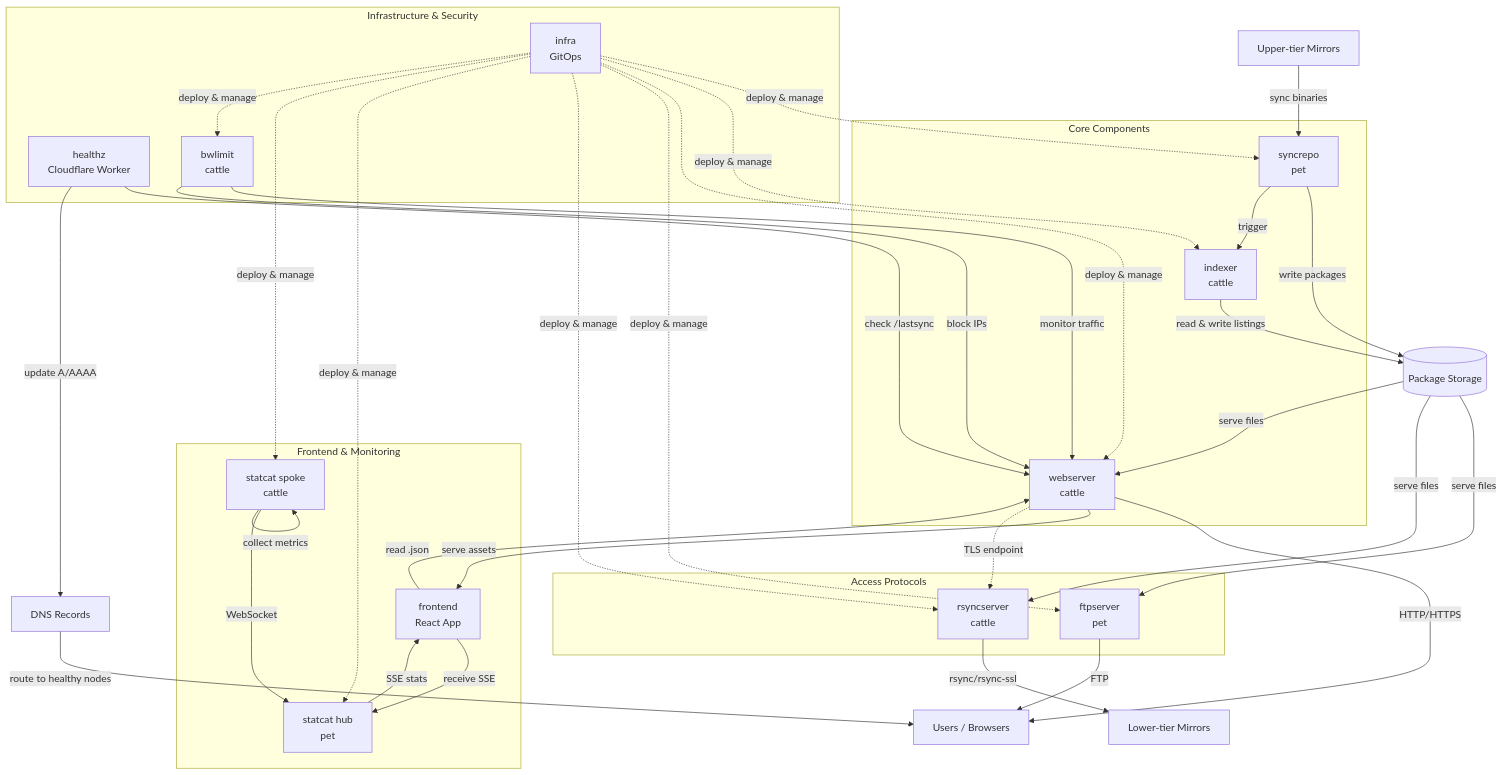
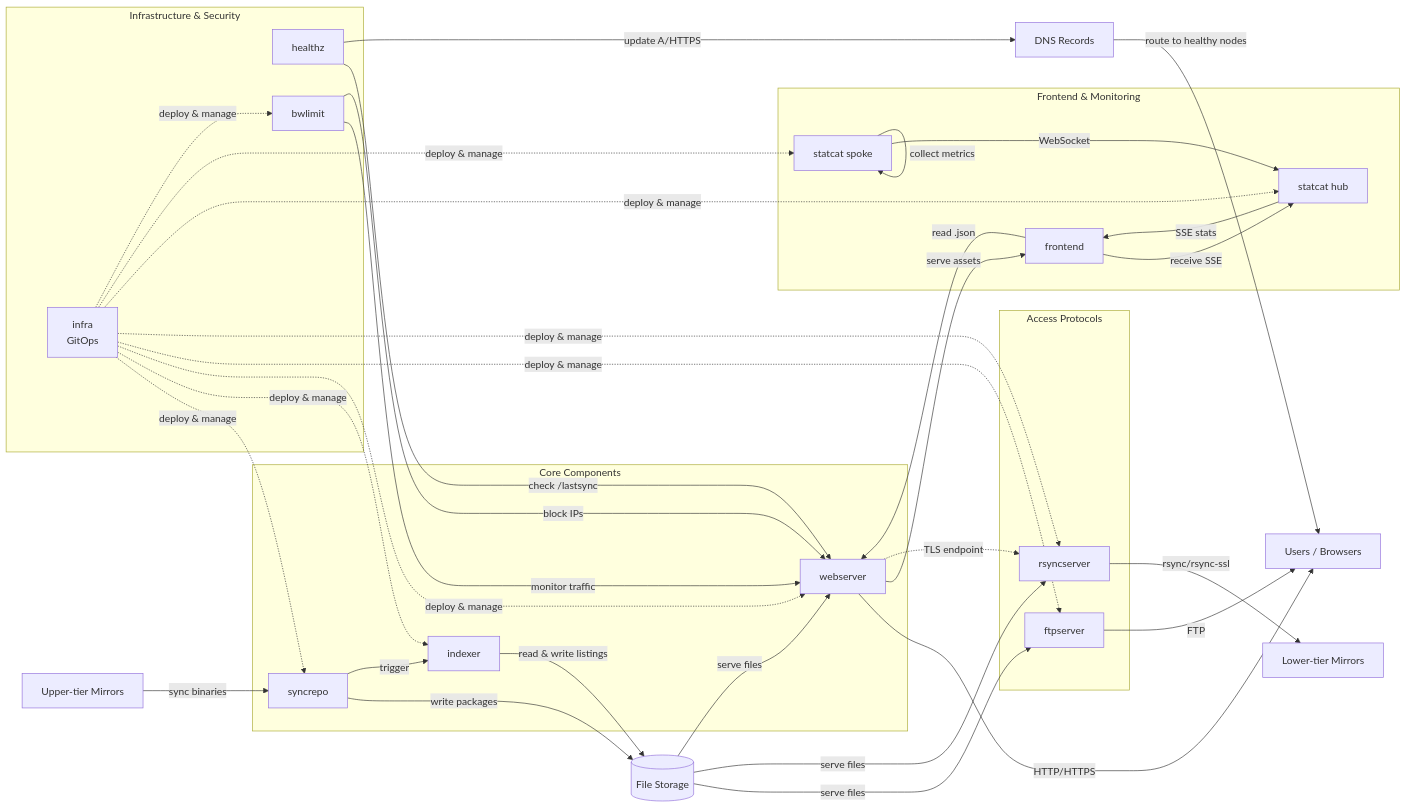
The diagram in README.md (pmh-only/ftp), drawn with Mermaid before and after one commit.

Commit message:
docs: change graph order

````diff
--- a/README.md
+++ b/README.md
@@ -37,71 +37,71 @@
 ```mermaid
-graph TB
+graph LR
     UpperTier[Upper-tier Mirrors]
     LowerTier[Lower-tier Mirrors]
     Users[Users / Browsers]
-    Storage[(Package Storage)]
+    Storage[(File Storage)]
     DNS[DNS Records]
 
     subgraph "Core Components"
-        syncrepo[syncrepo<br/>pet]
-        indexer[indexer<br/>cattle]
-        webserver[webserver<br/>cattle]
+        syncrepo[syncrepo]
+        indexer[indexer]
+        webserver[webserver]
     end
 
     subgraph "Access Protocols"
-        ftpserver[ftpserver<br/>pet]
-        rsyncserver[rsyncserver<br/>cattle]
+        ftpserver[ftpserver]
+        rsyncserver[rsyncserver]
     end
 
     subgraph "Frontend & Monitoring"
-        frontend[frontend<br/>React App]
-        statcat_hub[statcat hub<br/>pet]
-        statcat_spoke[statcat spoke<br/>cattle]
+        frontend[frontend]
+        statcat_hub[statcat hub]
+        statcat_spoke[statcat spoke]
     end
 
     subgraph "Infrastructure & Security"
-        healthz[healthz<br/>Cloudflare Worker]
-        bwlimit[bwlimit<br/>cattle]
+        healthz[healthz]
+        bwlimit[bwlimit]
         infra[infra<br/>GitOps]
     end
 
     UpperTier -->|sync binaries| syncrepo
     syncrepo -->|write packages| Storage
     syncrepo -->|trigger| indexer
     indexer -->|read & write listings| Storage
 
     Storage -->|serve files| webserver
     Storage -->|serve files| ftpserver
     Storage -->|serve files| rsyncserver
 
     webserver -->|HTTP/HTTPS| Users
     webserver -->|serve assets| frontend
     webserver -.->|TLS endpoint| rsyncserver
 
     ftpserver -->|FTP| Users
     rsyncserver -->|rsync/rsync-ssl| LowerTier
 
     frontend -->|read .json| webserver
     frontend -->|receive SSE| statcat_hub
 
     statcat_spoke -->|collect metrics| statcat_spoke
     statcat_spoke -->|WebSocket| statcat_hub
     statcat_hub -->|SSE stats| frontend
 
     healthz -->|check /lastsync| webserver
-    healthz -->|update A/AAAA| DNS
+    healthz -->|update A/HTTPS| DNS
 
     bwlimit -->|monitor traffic| webserver
     bwlimit -->|block IPs| webserver
 
     infra -.->|deploy & manage| syncrepo
     infra -.->|deploy & manage| indexer
     infra -.->|deploy & manage| webserver
     infra -.->|deploy & manage| ftpserver
     infra -.->|deploy & manage| rsyncserver
     infra -.->|deploy & manage| statcat_hub
     infra -.->|deploy & manage| statcat_spoke
     infra -.->|deploy & manage| bwlimit
 
     DNS -->|route to healthy nodes| Users
 ```
````
